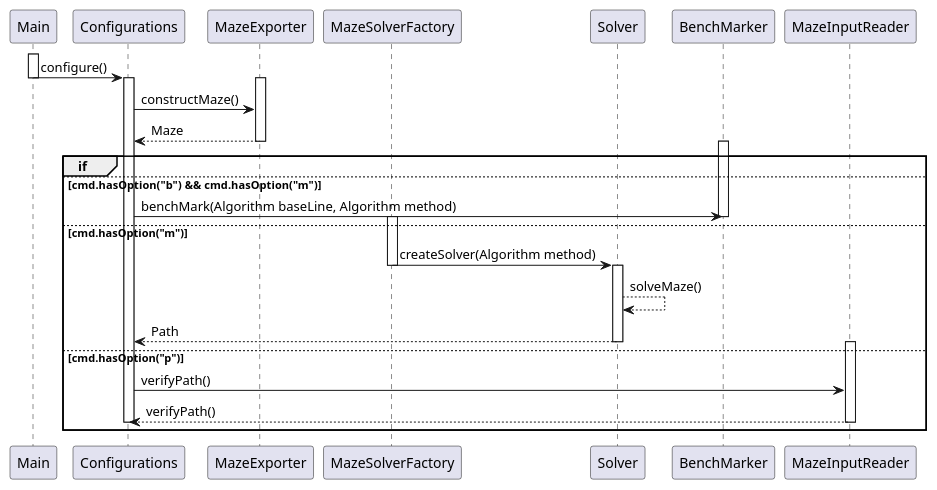
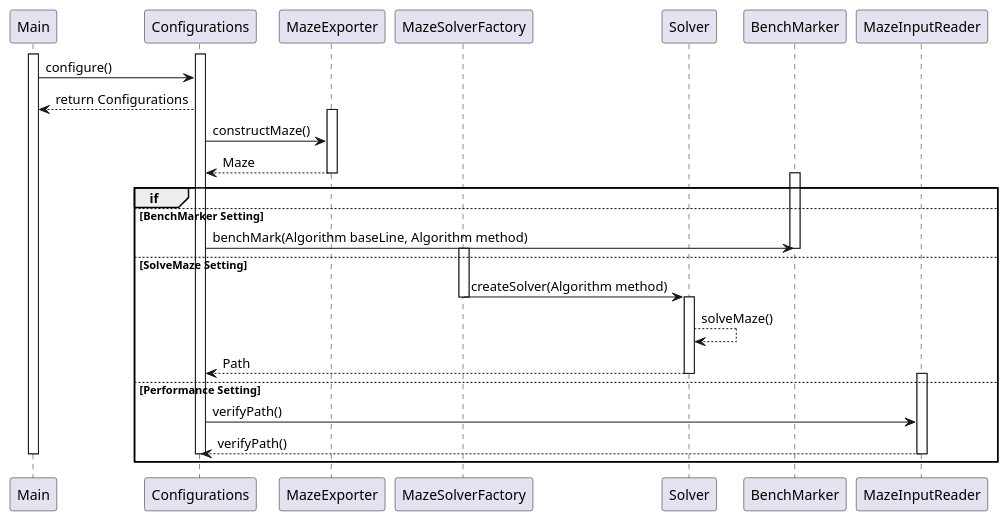
One commit to Aditya-Tripuraneni/Maze-Runner changed the diagram in UML Diagrams/Sequence Diagram.puml. Above: the diagram before and after it, drawn with PlantUML. The commit also changed 3 other files, not shown here.

Commit message:
Fine tune sequence diagram, added more java doc comments and fix spacing for consistency

```diff
--- a/UML Diagrams/Sequence Diagram.puml
+++ b/UML Diagrams/Sequence Diagram.puml
@@ -1,48 +1,51 @@
 @startuml
 
 participant Main 
 participant Configurations
 participant MazeExporter 
 participant MazeSolverFactory 
 participant Solver 
 participant BenchMarker
 participant MazeInputReader 
 
 
 activate Main 
+activate Configurations
+
 Main -> Configurations: configure()
-deactivate Main
+Configurations --> Main: return Configurations
 
-activate Configurations
 
 activate MazeExporter
 Configurations -> MazeExporter : constructMaze()
 MazeExporter --> Configurations : Maze
 
 deactivate MazeExporter
 
 group if 
-else cmd.hasOption("b")  && cmd.hasOption("m")
+else BenchMarker Setting
 activate BenchMarker 
 Configurations -> BenchMarker :benchMark(Algorithm baseLine, Algorithm method)
 deactivate BenchMarker
-else cmd.hasOption("m")
+else SolveMaze Setting
 activate MazeSolverFactory
 MazeSolverFactory -> Solver : createSolver(Algorithm method)
 deactivate MazeSolverFactory
 activate Solver
 Solver --> Solver : solveMaze()
 Solver --> Configurations: Path
 deactivate Solver
-else cmd.hasOption("p") 
+else Performance Setting 
 activate MazeInputReader
 Configurations -> MazeInputReader : verifyPath()
 MazeInputReader --> Configurations : verifyPath()
 
 deactivate MazeInputReader 
 deactivate Configurations
 
+deactivate Main
+
 end
 
 
 @enduml
```
